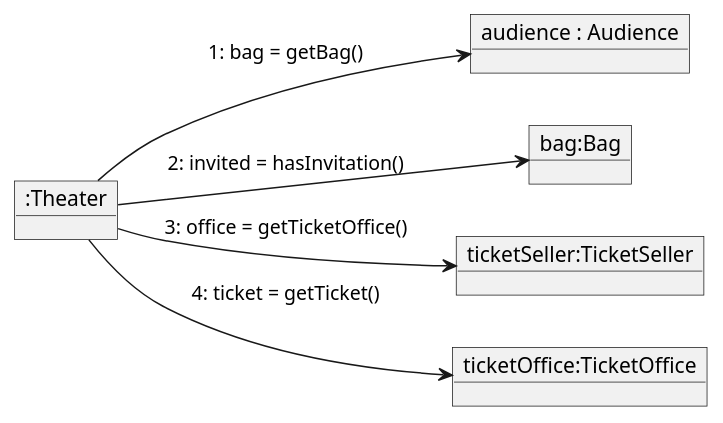
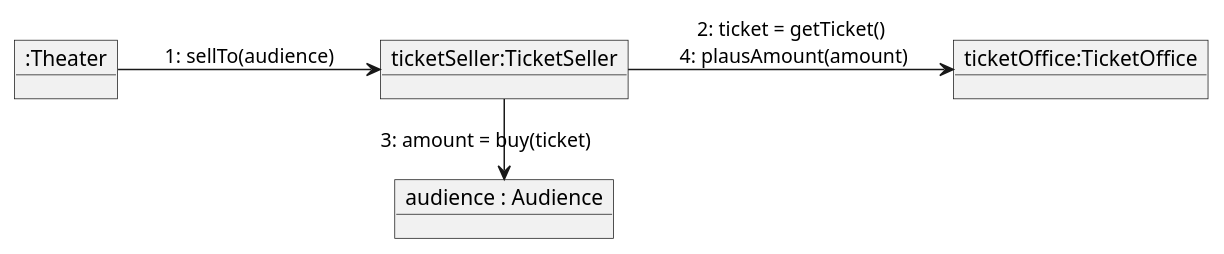
Before and after one commit to JungHo-1231/study-object: the diagram in src/main/resources/chapter01/part03.puml, drawn with PlantUML. The commit also changed 1 other file, not shown here.

Commit message:
diagram 추가

```diff
--- a/src/main/resources/chapter01/part03.puml
+++ b/src/main/resources/chapter01/part03.puml
@@ -1,15 +1,12 @@
 @startuml
 left to right direction
 
 object ":Theater" as t
 object "audience : Audience" as a
-object "bag:Bag" as b
 object "ticketSeller:TicketSeller" as s
 object "ticketOffice:TicketOffice" as o
 
-t --> a : 1: bag = getBag()
-t --> b : 2: invited = hasInvitation()
-t --> s : 3: office = getTicketOffice()
-t --> o : 4: ticket = getTicket()
-
+t --> s : 1: sellTo(audience)
+s --> o : 2: ticket = getTicket()\n 4: plausAmount(amount)
+s -> a : 3: amount = buy(ticket)
 @enduml
```
